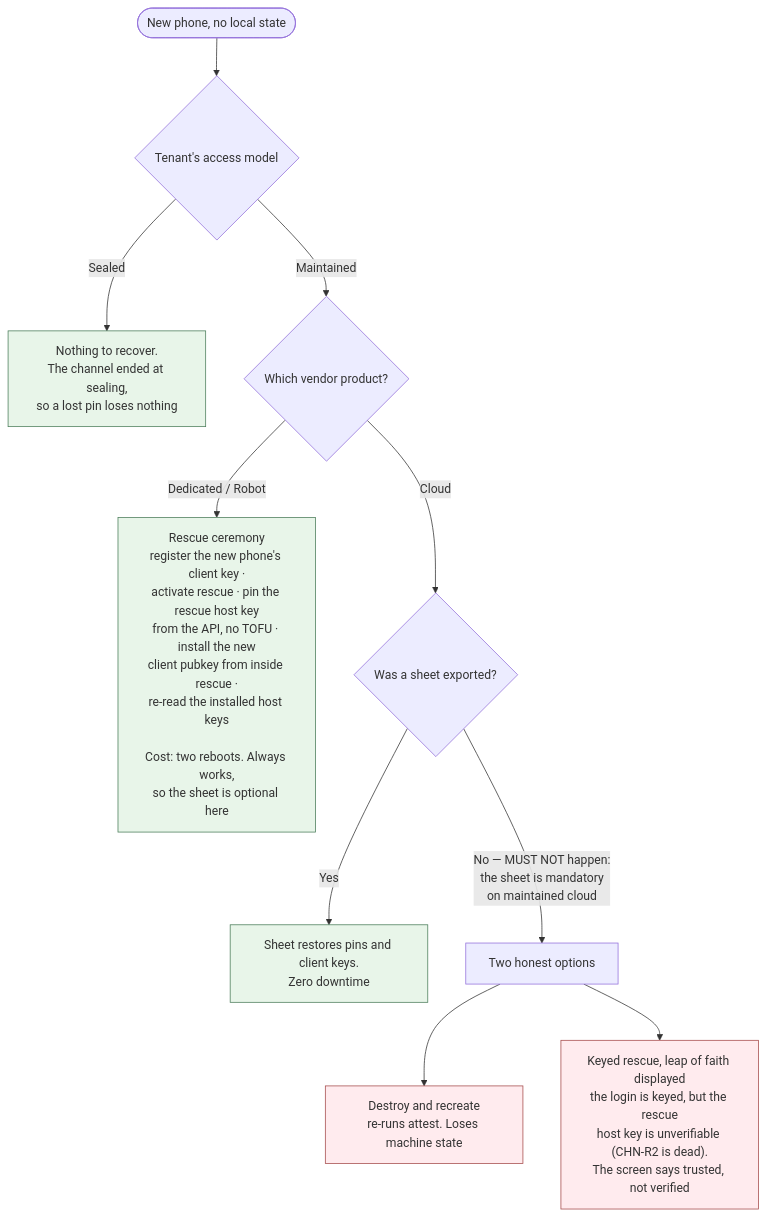
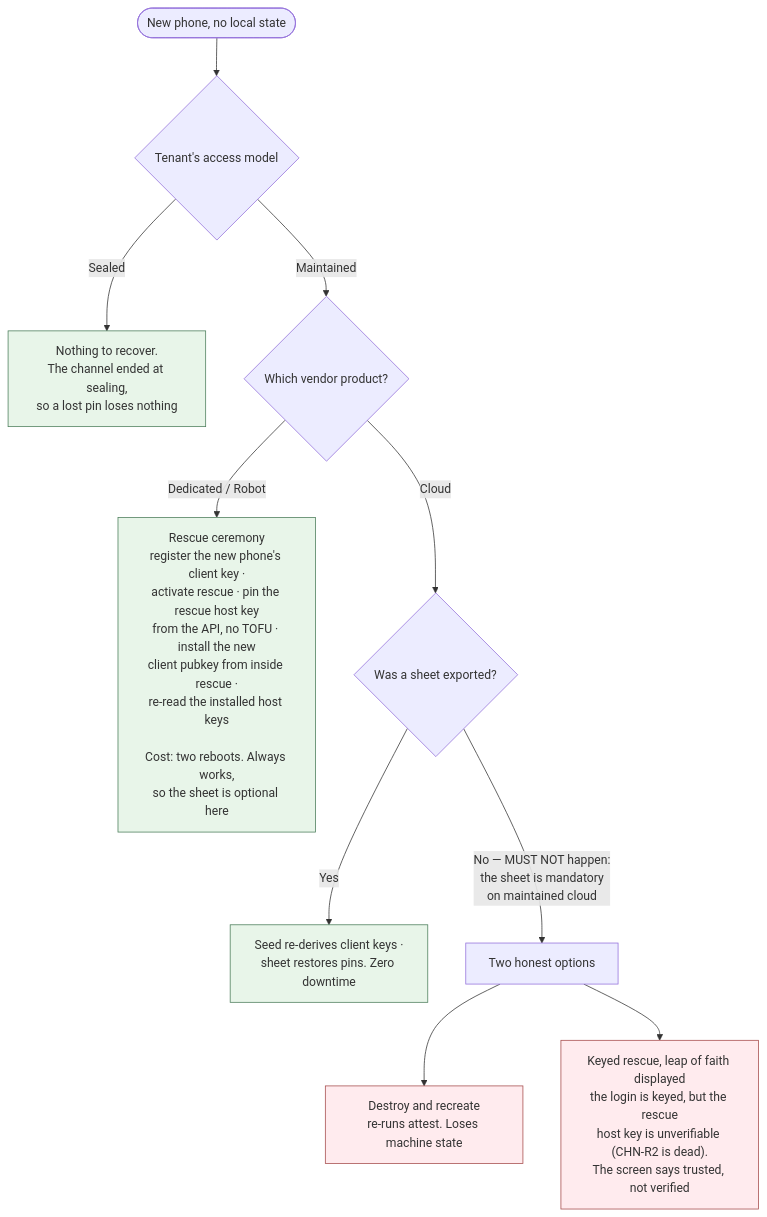
The diagram in 03-state-and-recovery.md (douglaz/tau-web-spec), drawn with Mermaid before and after one commit. The commit also changed other lines of this file and 15 other files, not shown here.

First line of the commit message:
docs: the machine speaks Nostr, and per-machine keys derive from an operator seed

````diff
--- a/03-state-and-recovery.md
+++ b/03-state-and-recovery.md
@@ -142,16 +172,16 @@
 ```mermaid
 flowchart TD
     LOST([New phone, no local state]) --> AM{Tenant's access model}
     AM -->|Sealed| SEALED["Nothing to recover.<br/>The channel ended at sealing,<br/>so a lost pin loses nothing"]
     AM -->|Maintained| VEND{Which vendor product?}
     VEND -->|Dedicated / Robot| CER["Rescue ceremony<br/>register the new phone's client key ·<br/>activate rescue · pin the rescue host key<br/>from the API, no TOFU · install the new<br/>client pubkey from inside rescue ·<br/>re-read the installed host keys<br/><br/>Cost: two reboots. Always works,<br/>so the sheet is optional here"]
     VEND -->|Cloud| SHEET{Was a sheet exported?}
-    SHEET -->|Yes| ZERO["Sheet restores pins and client keys.<br/>Zero downtime"]
+    SHEET -->|Yes| ZERO["Seed re-derives client keys ·<br/>sheet restores pins. Zero downtime"]
     SHEET -->|"No — MUST NOT happen:<br/>the sheet is mandatory<br/>on maintained cloud"| TWO["Two honest options"]
     TWO --> DR["Destroy and recreate<br/>re-runs attest. Loses machine state"]
     TWO --> KR["Keyed rescue, leap of faith displayed<br/>the login is keyed, but the rescue<br/>host key is unverifiable (CHN-R2 is dead).<br/>The screen says trusted, not verified"]
     classDef good fill:#e8f5e9,stroke:#4a7c59
     classDef bad fill:#ffebee,stroke:#a54a4a
     class SEALED,CER,ZERO good
     class DR,KR bad
 ```
````
